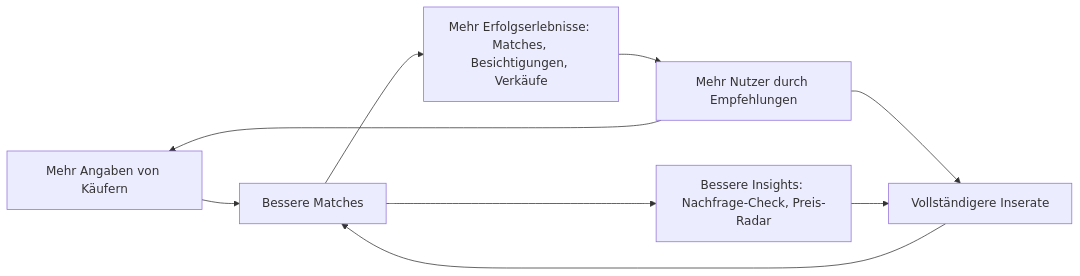
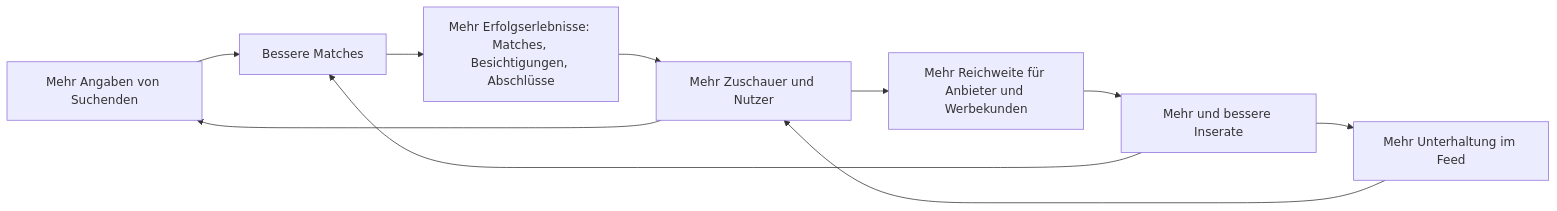
One commit to jokpr/immocrush changed the diagram in docs/04-motivation-und-datenstrategie.md. Above: the diagram before and after it, drawn with Mermaid. The commit also changed other lines of this file and 11 other files, not shown here.

Commit message:
Docs an Gründer-Input vom 18.10.2026 angepasst: kostenlos für alle, Kauf und Miete, Producer mit Video-Upload, Extras und Werbung, Vollgas mit Fokus

````diff
--- a/docs/04-motivation-und-datenstrategie.md
+++ b/docs/04-motivation-und-datenstrategie.md
@@ -9,11 +9,12 @@
 ```mermaid
 flowchart LR
-    A["Mehr Angaben von Käufern"] --> B["Bessere Matches"]
-    C["Vollständigere Inserate"] --> B
-    B --> D["Mehr Erfolgserlebnisse: Matches, Besichtigungen, Verkäufe"]
-    D --> E["Mehr Nutzer durch Empfehlungen"]
+    A["Mehr Angaben von Suchenden"] --> B["Bessere Matches"]
+    C["Mehr und bessere Inserate"] --> B
+    C --> D["Mehr Unterhaltung im Feed"]
+    D --> E["Mehr Zuschauer und Nutzer"]
+    B --> F["Mehr Erfolgserlebnisse: Matches, Besichtigungen, Abschlüsse"]
+    F --> E
     E --> A
-    E --> C
-    B --> F["Bessere Insights: Nachfrage-Check, Preis-Radar"]
-    F --> C
+    E --> G["Mehr Reichweite für Anbieter und Werbekunden"]
+    G --> C
 ```
````
